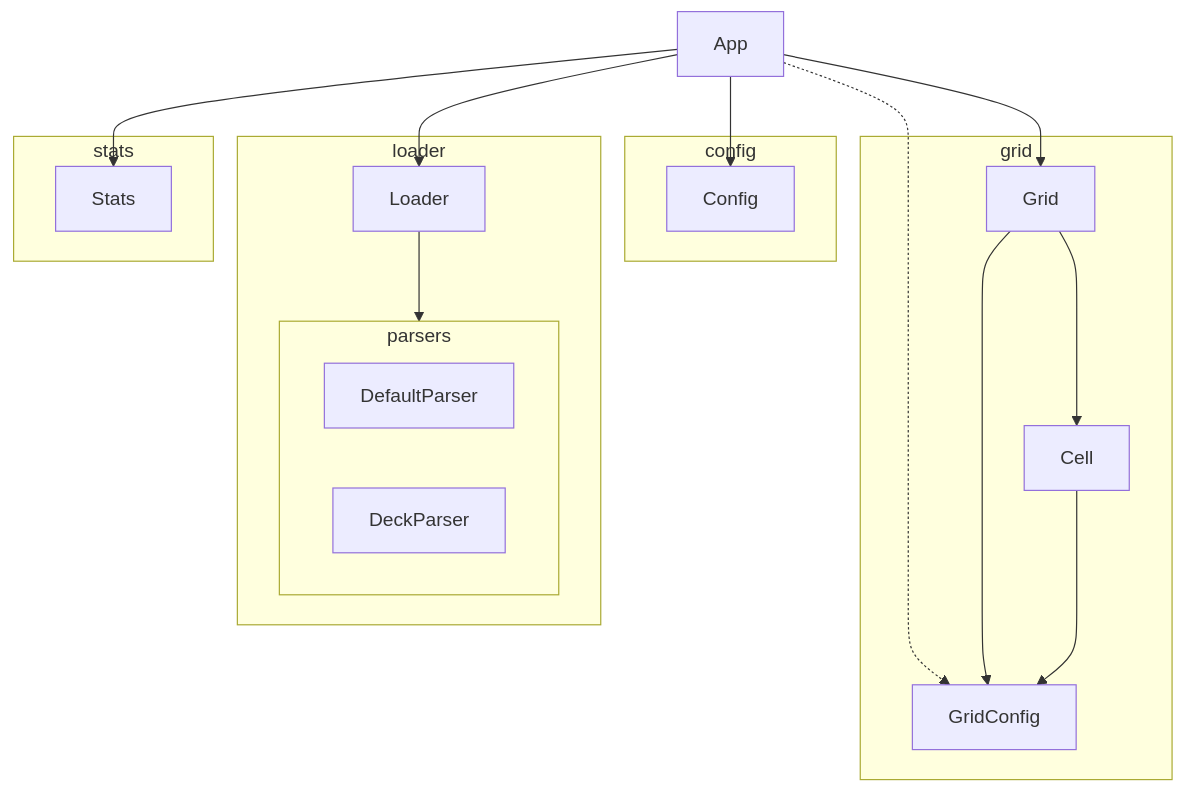
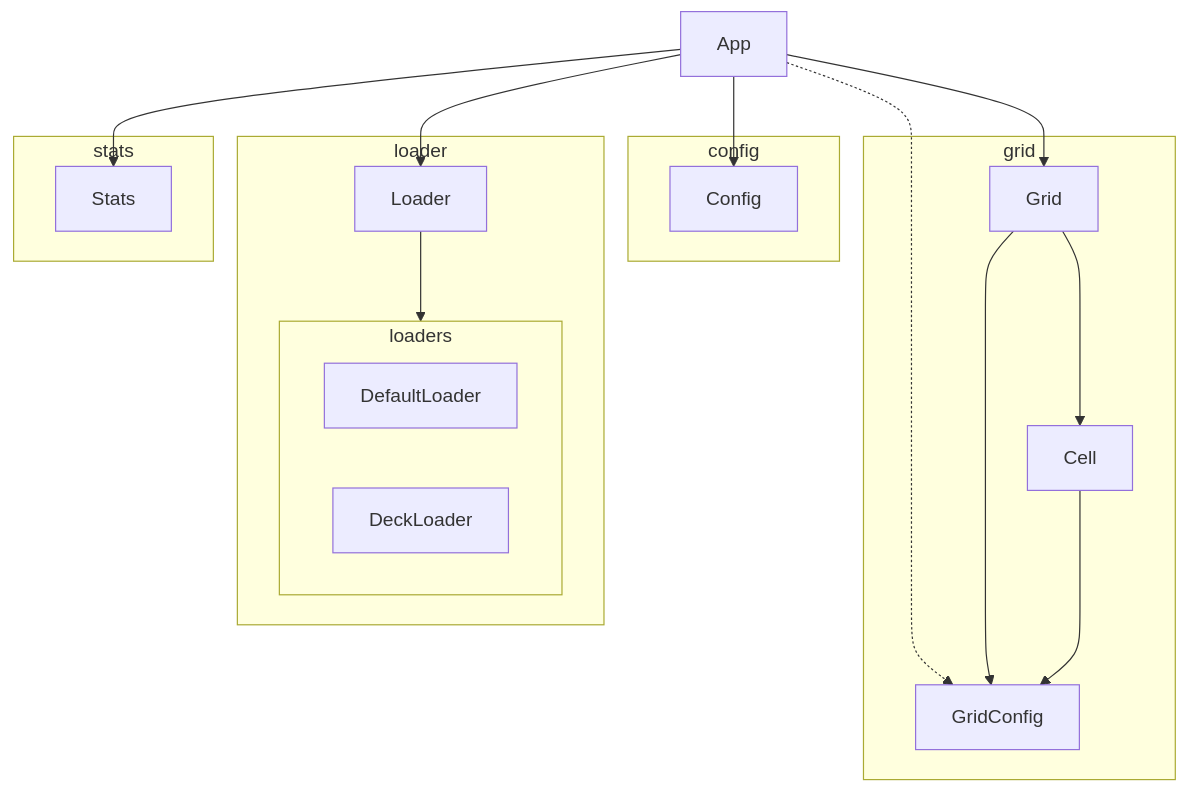
Before and after one commit to allexkap/heatmap: the diagram in README.md, drawn with Mermaid. The commit also changed 4 other files, not shown here.

````diff
--- a/README.md
+++ b/README.md
@@ -25,26 +25,26 @@
 ```mermaid
 flowchart TB
  App --> Config & Grid & Loader & Stats
  App -.-> GridConfig
 
  subgraph config
   Config
  end
 
  subgraph grid
   Grid --> Cell
   Grid & Cell --> GridConfig
  end
 
  subgraph loader
- Loader --> parsers
-  subgraph parsers
-   DefaultParser
-   DeckParser
+ Loader --> loaders
+  subgraph loaders
+   DefaultLoader
+   DeckLoader
   end
  end
 
  subgraph stats
   Stats
  end
 ```
````
